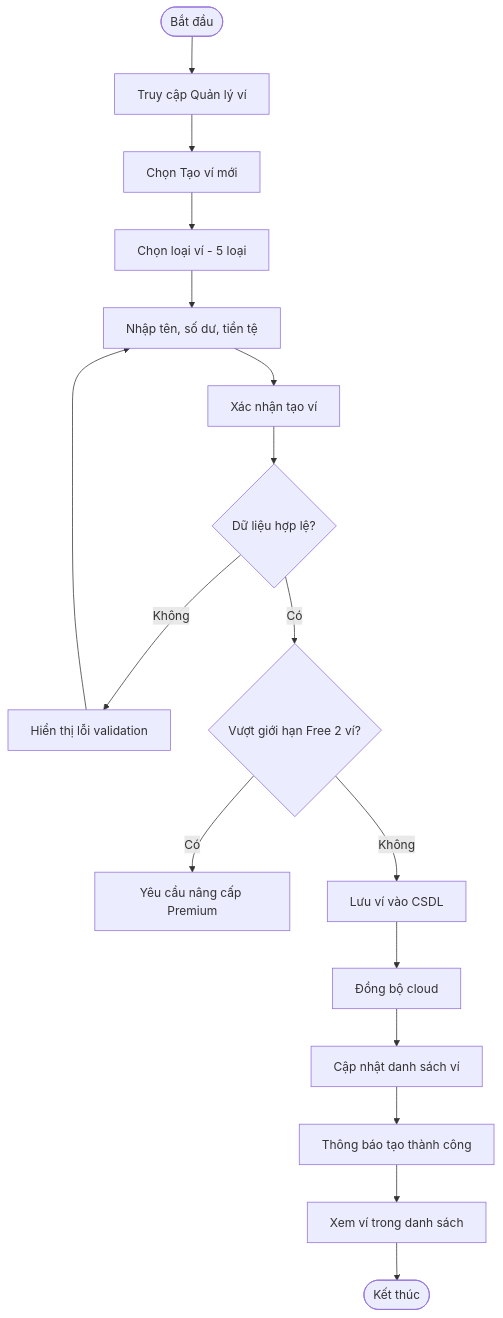
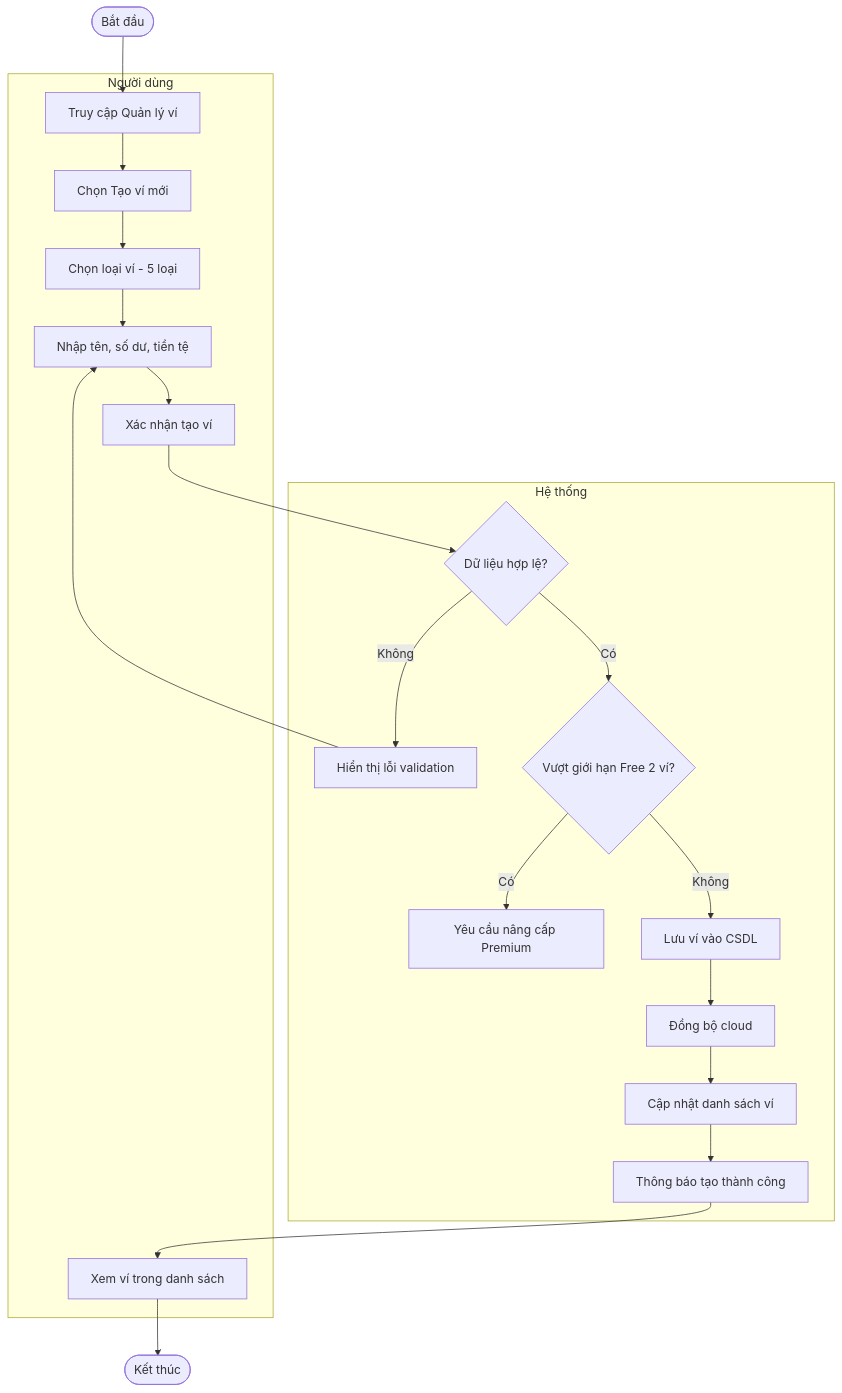
Before and after one commit to Hieu-vn/Graduation-Thesis: the third of 10 diagrams in Nghiên cứu MISA MoneyKeeper.md, drawn with Mermaid. The commit also changed other lines of this file, not shown here.

````diff
--- a/Nghiên cứu MISA MoneyKeeper.md
+++ b/Nghiên cứu MISA MoneyKeeper.md
@@ -90,18 +135,42 @@
 ```mermaid
 flowchart TD
-    A([Bắt đầu]) --> B[Truy cập Quản lý ví]
-    B --> C[Chọn Tạo ví mới]
-    C --> D[Chọn loại ví - 5 loại]
-    D --> E[Nhập tên, số dư, tiền tệ]
-    E --> F[Xác nhận tạo ví]
-    F --> G{Dữ liệu hợp lệ?}
-    G -->|Không| G2[Hiển thị lỗi validation] --> E
-    G -->|Có| H{Vượt giới hạn Free 2 ví?}
-    H -->|Có| H2[Yêu cầu nâng cấp Premium]
-    H -->|Không| I[Lưu ví vào CSDL]
-    I --> J[Đồng bộ cloud]
-    J --> K[Cập nhật danh sách ví]
-    K --> K2[Thông báo tạo thành công]
-    K2 --> L[Xem ví trong danh sách]
-    L --> M([Kết thúc])
+    A([Bắt đầu])
+
+    subgraph NguoiDung["Người dùng"]
+        B[Truy cập Quản lý ví]
+        C[Chọn Tạo ví mới]
+        D[Chọn loại ví - 5 loại]
+        E[Nhập tên, số dư, tiền tệ]
+        F[Xác nhận tạo ví]
+        L[Xem ví trong danh sách]
+    end
+
+    subgraph HeThong["Hệ thống"]
+        G{Dữ liệu hợp lệ?}
+        G2[Hiển thị lỗi validation]
+        H{Vượt giới hạn Free 2 ví?}
+        H2[Yêu cầu nâng cấp Premium]
+        I[Lưu ví vào CSDL]
+        J[Đồng bộ cloud]
+        K[Cập nhật danh sách ví]
+        K2[Thông báo tạo thành công]
+    end
+
+    M([Kết thúc])
+
+    A --> B
+    B --> C
+    C --> D
+    D --> E
+    E --> F
+    F --> G
+    G -->|Không| G2 --> E
+    G -->|Có| H
+    H -->|Có| H2
+    H -->|Không| I
+    I --> J
+    J --> K
+    K --> K2
+    K2 --> L
+    L --> M
 ```
````
